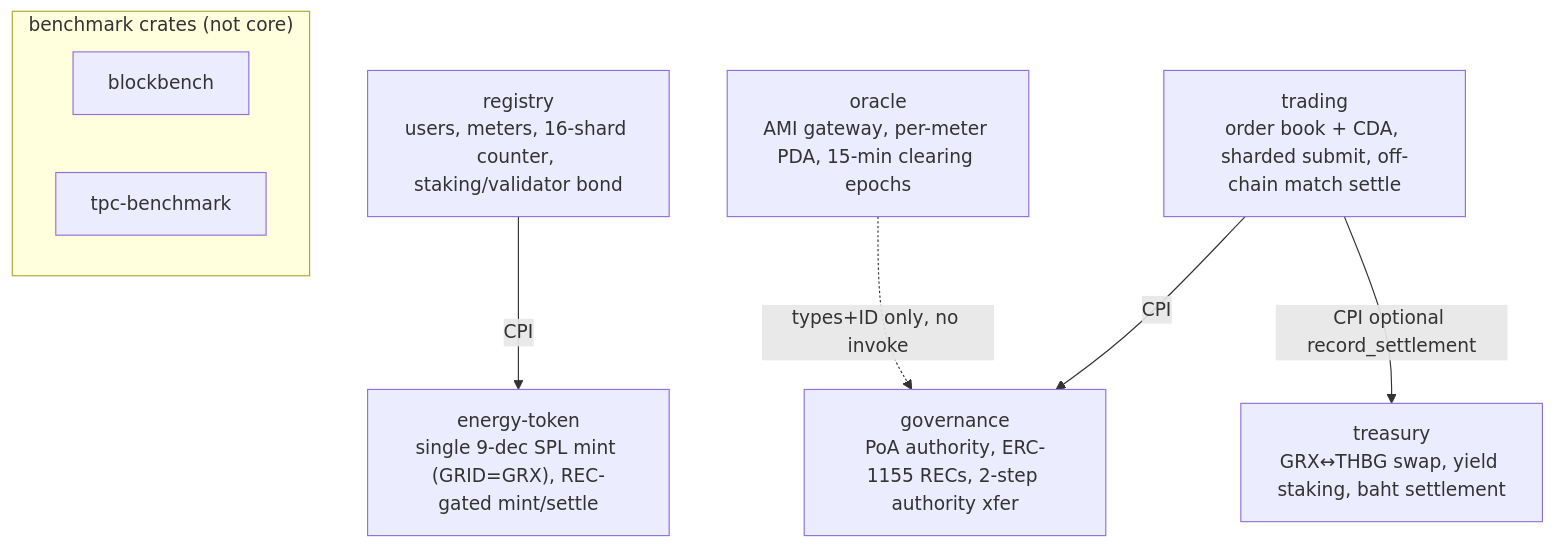
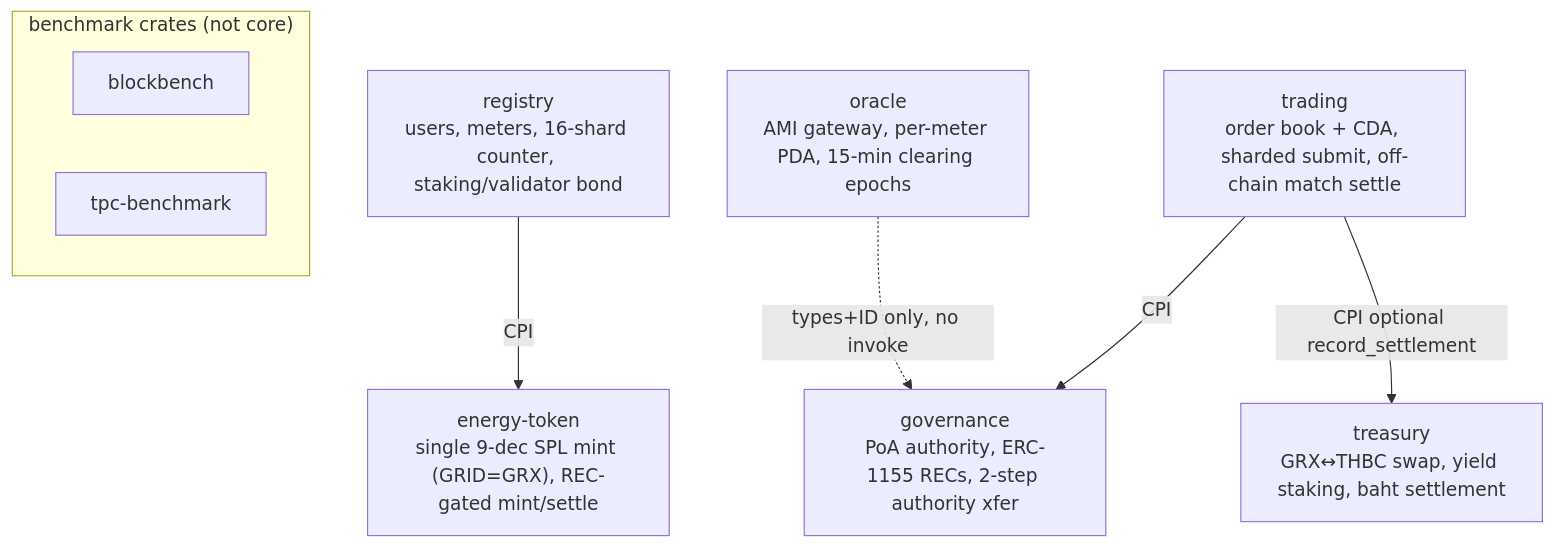
Before and after one commit to NakaSato/gridtokenx-anchor: the third of 4 diagrams in docs/diagrams/solana-block-and-programs.md, drawn with Mermaid. The commit also changed 73 other files, not shown here.

First line of the commit message:
refactor: rename THBG stablecoin to THBC across programs, docs, tests

````diff
--- a/docs/diagrams/solana-block-and-programs.md
+++ b/docs/diagrams/solana-block-and-programs.md
@@ -67,19 +67,19 @@
 ```mermaid
 graph TD
     REG["registry<br/>users, meters, 16-shard counter, staking/validator bond"]
     ET["energy-token<br/>single 9-dec SPL mint (GRID=GRX), REC-gated mint/settle"]
     GOV["governance<br/>PoA authority, ERC-1155 RECs, 2-step authority xfer"]
     ORA["oracle<br/>AMI gateway, per-meter PDA, 15-min clearing epochs"]
     TRD["trading<br/>order book + CDA, sharded submit, off-chain match settle"]
-    TRE["treasury<br/>GRX↔THBG swap, yield staking, baht settlement"]
+    TRE["treasury<br/>GRX↔THBC swap, yield staking, baht settlement"]
 
     REG -->|CPI| ET
     TRD -->|CPI| GOV
     TRD -->|CPI optional record_settlement| TRE
     ORA -.->|types+ID only, no invoke| GOV
 
     subgraph BENCH["benchmark crates (not core)"]
         BB["blockbench"]
         TPC["tpc-benchmark"]
     end
 ```
````
